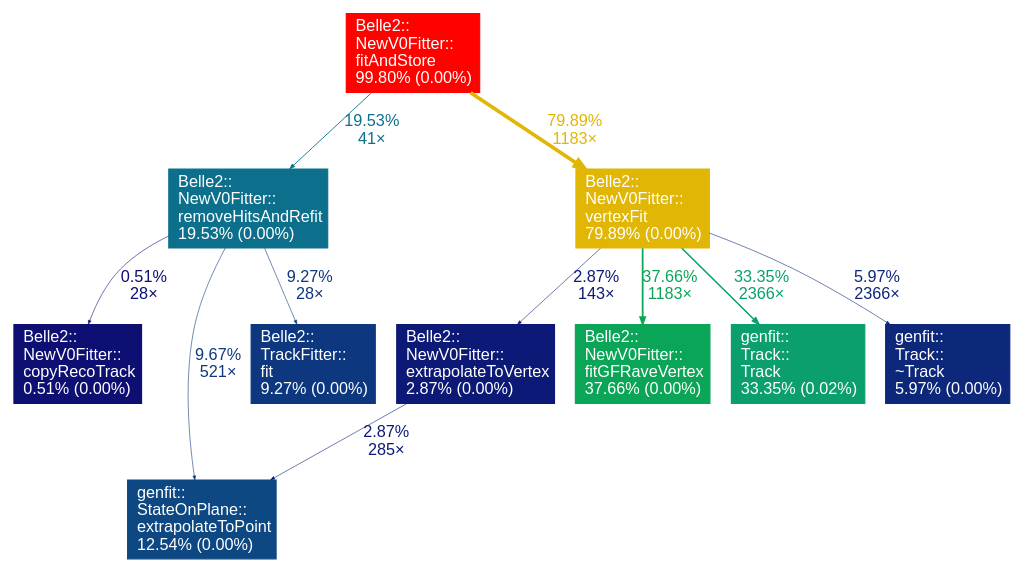
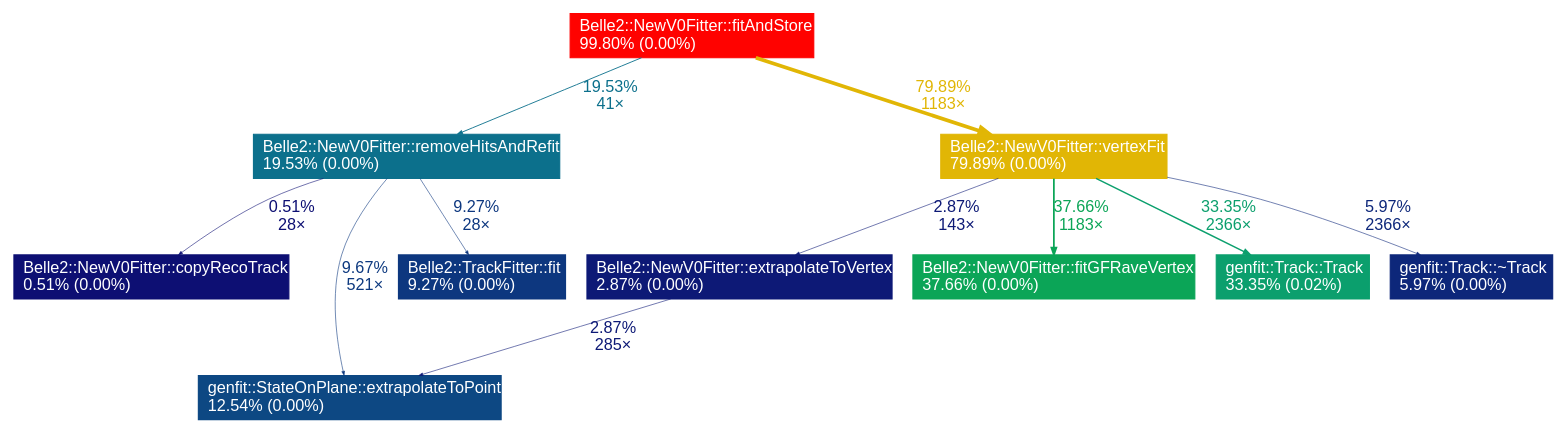
The diagram in profiling-newv0fitter/3ca6556/pruned-graph.dot (philipobi-bachelor/profiling), drawn with Graphviz before and after one commit. The commit also changed 13 other files, not shown here.

Commit message:
Rerender old graphs and add some more

```diff
--- a/profiling-newv0fitter/3ca6556/pruned-graph.dot
+++ b/profiling-newv0fitter/3ca6556/pruned-graph.dot
@@ -1,89 +1,90 @@
 digraph {
 	graph [fontname=Arial];
 	node [fontcolor=white,
 		fontname=Arial,
+		label="\N",
 		shape=box,
 		style=filled
 	];
 	edge [fontname=Arial];
 	"Belle2::NewV0Fitter::copyRecoTrack(Belle2::RecoTrack const*, genfit::MeasuredStateOnPlane const&)"	[color="#0d0f73",
 		fontcolor="#ffffff",
-		label="Belle2::\lNewV0Fitter::\lcopyRecoTrack\l0.51% (0.00%)\l"];
+		label="Belle2::NewV0Fitter::copyRecoTrack\l0.51% (0.00%)\l"];
 	"Belle2::NewV0Fitter::extrapolateToVertex(genfit::MeasuredStateOnPlane&, genfit::MeasuredStateOnPlane&, genfit::GFRaveVertex const&)"	[color="#0d1976",
 		fontcolor="#ffffff",
-		label="Belle2::\lNewV0Fitter::\lextrapolateToVertex\l2.87% (0.00%)\l"];
+		label="Belle2::NewV0Fitter::extrapolateToVertex\l2.87% (0.00%)\l"];
 	"genfit::StateOnPlane::extrapolateToPoint(TVector3 const&, bool, bool)"	[color="#0d4883",
 		fontcolor="#ffffff",
-		label="genfit::\lStateOnPlane::\lextrapolateToPoint\l12.54% (0.00%)\l"];
+		label="genfit::StateOnPlane::extrapolateToPoint\l12.54% (0.00%)\l"];
 	"Belle2::NewV0Fitter::extrapolateToVertex(genfit::MeasuredStateOnPlane&, genfit::MeasuredStateOnPlane&, genfit::GFRaveVertex const&)" -> "genfit::StateOnPlane::extrapolateToPoint(TVector3 const&, bool, bool)"	[arrowsize=0.35,
 		color="#0d1976",
 		fontcolor="#0d1976",
 		label="2.87%\n285×",
 		penwidth=0.50];
 	"Belle2::NewV0Fitter::fitAndStore(Belle2::Track const*, Belle2::Track const*, Belle2::Const::ParticleType const&, bool&, bool&)"	[color="#ff0200",
 		fontcolor="#ffffff",
-		label="Belle2::\lNewV0Fitter::\lfitAndStore\l99.80% (0.00%)\l"];
+		label="Belle2::NewV0Fitter::fitAndStore\l99.80% (0.00%)\l"];
 	"Belle2::NewV0Fitter::removeHitsAndRefit(Belle2::RecoTrack const*, Belle2::RecoTrack const*, Belle2::Const::ParticleType const&)"	[color="#0c708c",
 		fontcolor="#ffffff",
-		label="Belle2::\lNewV0Fitter::\lremoveHitsAndRefit\l19.53% (0.00%)\l"];
+		label="Belle2::NewV0Fitter::removeHitsAndRefit\l19.53% (0.00%)\l"];
 	"Belle2::NewV0Fitter::fitAndStore(Belle2::Track const*, Belle2::Track const*, Belle2::Const::ParticleType const&, bool&, bool&)" -> "Belle2::NewV0Fitter::removeHitsAndRefit(Belle2::RecoTrack const*, Belle2::RecoTrack const*, Belle2::Const::ParticleType const&)"	[arrowsize=0.44,
 		color="#0c708c",
 		fontcolor="#0c708c",
 		label="19.53%\n41×",
 		penwidth=0.78];
 	"Belle2::NewV0Fitter::vertexFit(Belle2::RecoTrack const*, Belle2::RecoTrack const*, int, int, Belle2::Const::ParticleType const&)"	[color="#e1b605",
 		fontcolor="#ffffff",
-		label="Belle2::\lNewV0Fitter::\lvertexFit\l79.89% (0.00%)\l"];
+		label="Belle2::NewV0Fitter::vertexFit\l79.89% (0.00%)\l"];
 	"Belle2::NewV0Fitter::fitAndStore(Belle2::Track const*, Belle2::Track const*, Belle2::Const::ParticleType const&, bool&, bool&)" -> "Belle2::NewV0Fitter::vertexFit(Belle2::RecoTrack const*, Belle2::RecoTrack const*, int, int, Belle2::Const::ParticleType const&)"	[arrowsize=0.89,
 		color="#e1b605",
 		fontcolor="#e1b605",
 		label="79.89%\n1183×",
 		penwidth=3.20];
 	"Belle2::NewV0Fitter::removeHitsAndRefit(Belle2::RecoTrack const*, Belle2::RecoTrack const*, Belle2::Const::ParticleType const&)" -> "Belle2::NewV0Fitter::copyRecoTrack(Belle2::RecoTrack const*, genfit::MeasuredStateOnPlane const&)"	[arrowsize=0.35,
 		color="#0d0f73",
 		fontcolor="#0d0f73",
 		label="0.51%\n28×",
 		penwidth=0.50];
 	"Belle2::NewV0Fitter::removeHitsAndRefit(Belle2::RecoTrack const*, Belle2::RecoTrack const*, Belle2::Const::ParticleType const&)" -> "genfit::StateOnPlane::extrapolateToPoint(TVector3 const&, bool, bool)"	[arrowsize=0.35,
 		color="#0d397f",
 		fontcolor="#0d397f",
 		label="9.67%\n521×",
 		penwidth=0.50];
 	"Belle2::TrackFitter::fit(Belle2::RecoTrack&, Belle2::Const::ChargedStable const&, bool) const"	[color="#0d377f",
 		fontcolor="#ffffff",
-		label="Belle2::\lTrackFitter::\lfit\l9.27% (0.00%)\l"];
+		label="Belle2::TrackFitter::fit\l9.27% (0.00%)\l"];
 	"Belle2::NewV0Fitter::removeHitsAndRefit(Belle2::RecoTrack const*, Belle2::RecoTrack const*, Belle2::Const::ParticleType const&)" -> "Belle2::TrackFitter::fit(Belle2::RecoTrack&, Belle2::Const::ChargedStable const&, bool) const"	[arrowsize=0.35,
 		color="#0d377f",
 		fontcolor="#0d377f",
 		label="9.27%\n28×",
 		penwidth=0.50];
 	"Belle2::NewV0Fitter::vertexFit(Belle2::RecoTrack const*, Belle2::RecoTrack const*, int, int, Belle2::Const::ParticleType const&)" -> "Belle2::NewV0Fitter::extrapolateToVertex(genfit::MeasuredStateOnPlane&, genfit::MeasuredStateOnPlane&, genfit::GFRaveVertex const&)"	[arrowsize=0.35,
 		color="#0d1976",
 		fontcolor="#0d1976",
 		label="2.87%\n143×",
 		penwidth=0.50];
 	"Belle2::NewV0Fitter::fitGFRaveVertex(genfit::Track&, genfit::Track&, genfit::GFRaveVertex&)"	[color="#0ba557",
 		fontcolor="#ffffff",
-		label="Belle2::\lNewV0Fitter::\lfitGFRaveVertex\l37.66% (0.00%)\l"];
+		label="Belle2::NewV0Fitter::fitGFRaveVertex\l37.66% (0.00%)\l"];
 	"Belle2::NewV0Fitter::vertexFit(Belle2::RecoTrack const*, Belle2::RecoTrack const*, int, int, Belle2::Const::ParticleType const&)" -> "Belle2::NewV0Fitter::fitGFRaveVertex(genfit::Track&, genfit::Track&, genfit::GFRaveVertex&)"	[arrowsize=0.61,
 		color="#0ba557",
 		fontcolor="#0ba557",
 		label="37.66%\n1183×",
 		penwidth=1.51];
 	"genfit::Track::Track(genfit::Track const&)"	[color="#0b9f6d",
 		fontcolor="#ffffff",
-		label="genfit::\lTrack::\lTrack\l33.35% (0.02%)\l"];
+		label="genfit::Track::Track\l33.35% (0.02%)\l"];
 	"Belle2::NewV0Fitter::vertexFit(Belle2::RecoTrack const*, Belle2::RecoTrack const*, int, int, Belle2::Const::ParticleType const&)" -> "genfit::Track::Track(genfit::Track const&)"	[arrowsize=0.58,
 		color="#0b9f6d",
 		fontcolor="#0b9f6d",
 		label="33.35%\n2366×",
 		penwidth=1.33];
 	"genfit::Track::~Track()"	[color="#0d277a",
 		fontcolor="#ffffff",
-		label="genfit::\lTrack::\l~Track\l5.97% (0.00%)\l"];
+		label="genfit::Track::~Track\l5.97% (0.00%)\l"];
 	"Belle2::NewV0Fitter::vertexFit(Belle2::RecoTrack const*, Belle2::RecoTrack const*, int, int, Belle2::Const::ParticleType const&)" -> "genfit::Track::~Track()"	[arrowsize=0.35,
 		color="#0d277a",
 		fontcolor="#0d277a",
 		label="5.97%\n2366×",
 		penwidth=0.50];
 }
```
